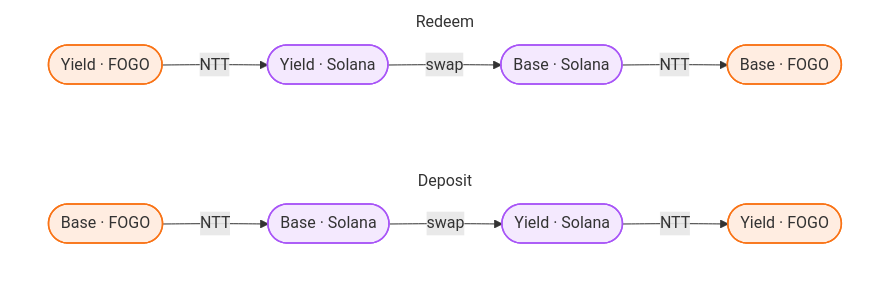
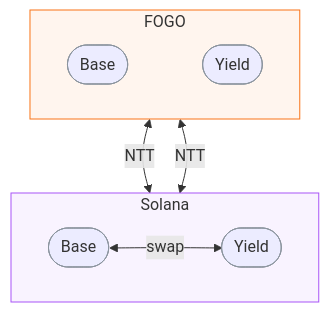
Before and after one commit to pointgroup-labs/fogo-yield: the diagram in README.md, drawn with Mermaid. The commit also changed other lines of this file, not shown here.

Commit message:
docs: redesign flowchart as chain lanes

````diff
--- a/README.md
+++ b/README.md
@@ -18,18 +18,18 @@
 ```mermaid
-flowchart LR
-    subgraph dep [Deposit]
+flowchart TB
+    subgraph laneF [FOGO]
         direction LR
-        A(["Base · FOGO"]) -->|NTT| B(["Base · Solana"]) -->|swap| C(["Yield · Solana"]) -->|NTT| D(["Yield · FOGO"])
+        fB(["Base"]) ~~~ fY(["Yield"])
     end
-    subgraph wd [Redeem]
+    subgraph laneS [Solana]
         direction LR
-        E(["Yield · FOGO"]) -->|NTT| F(["Yield · Solana"]) -->|swap| G(["Base · Solana"]) -->|NTT| H(["Base · FOGO"])
+        sB(["Base"]) <-->|swap| sY(["Yield"])
     end
+    fB <-->|NTT| sB
+    fY <-->|NTT| sY
 
-    classDef fogo fill:#f9731620,stroke:#f97316,stroke-width:1.5px
-    classDef sol fill:#a855f720,stroke:#a855f7,stroke-width:1.5px
-    class A,D,E,H fogo
-    class B,C,F,G sol
-    style dep fill:transparent,stroke:transparent
-    style wd fill:transparent,stroke:transparent
+    classDef tok stroke:#8b949e,stroke-width:1px
+    class fB,fY,sB,sY tok
+    style laneF fill:#f9731612,stroke:#f97316,stroke-width:1px
+    style laneS fill:#a855f712,stroke:#a855f7,stroke-width:1px
 ```
````
